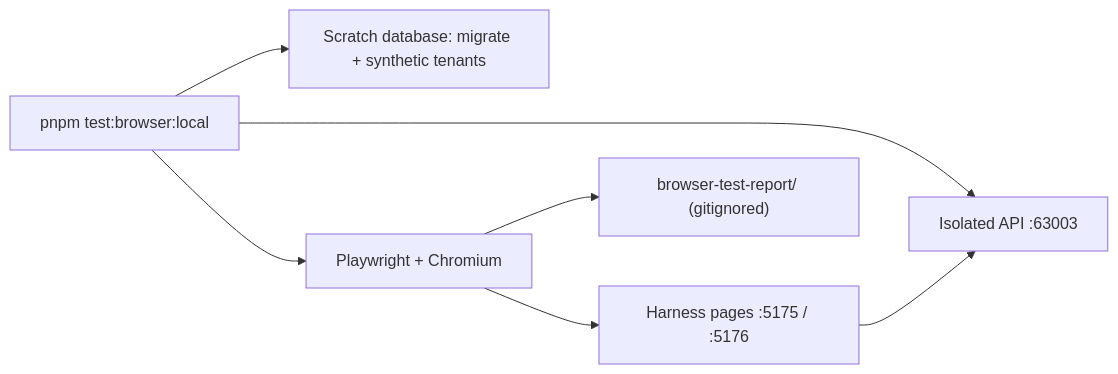
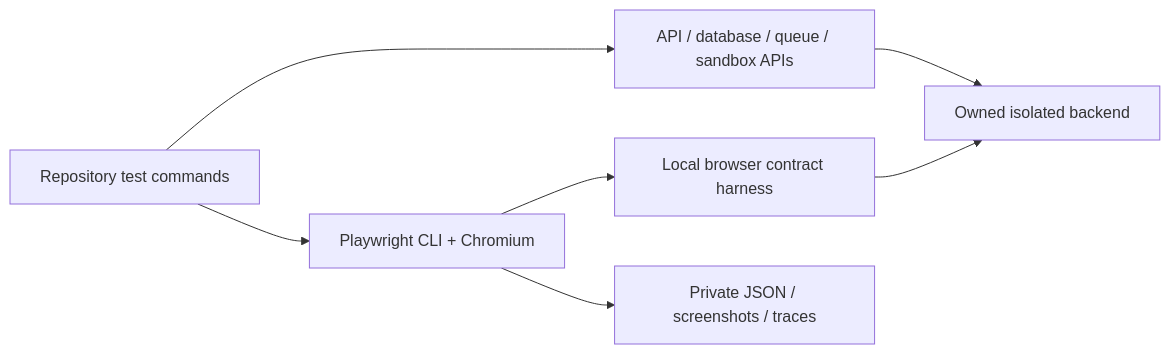
Before and after one commit to albetrios/clinozy-be: the first of 2 diagrams in docs/reference/testing/load-testing.md, drawn with Mermaid. The commit also changed other lines of this file and 15 other files, not shown here.

First line of the commit message:
refactor(test): drop the new runners and keep the existing test flow

````diff
--- a/docs/reference/testing/load-testing.md
+++ b/docs/reference/testing/load-testing.md
@@ -39,9 +44,9 @@
 ```mermaid
 flowchart LR
-  runner["pnpm test:browser:local"] --> database["Scratch database: migrate + synthetic tenants"]
-  runner --> api["Isolated API :63003"]
-  runner --> playwright["Playwright + Chromium"]
-  playwright --> harness["Harness pages :5175 / :5176"]
-  harness --> api
-  playwright --> report["browser-test-report/ (gitignored)"]
+  commands["Repository test commands"] --> api["API / database / queue / sandbox APIs"]
+  commands --> playwright["Playwright CLI + Chromium"]
+  playwright --> harness["Local browser contract harness"]
+  harness --> backend["Owned isolated backend"]
+  api --> backend
+  playwright --> evidence["Private JSON / screenshots / traces"]
 ```
````
